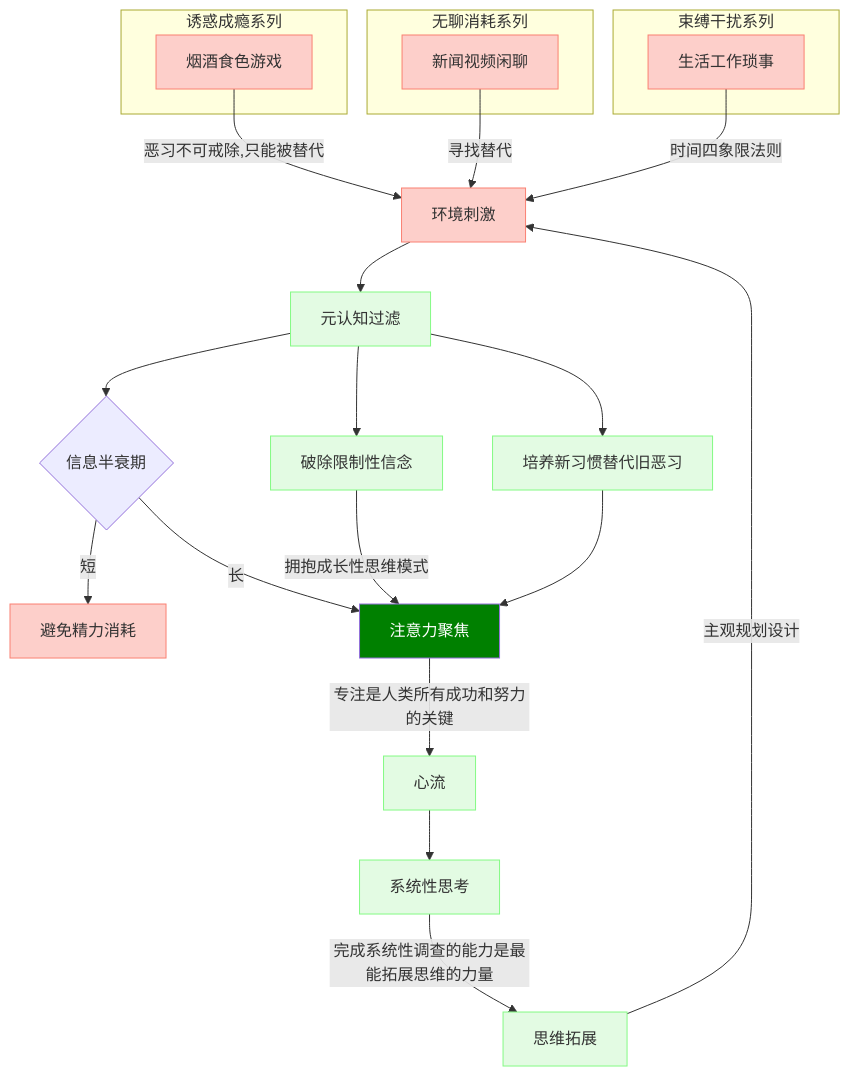
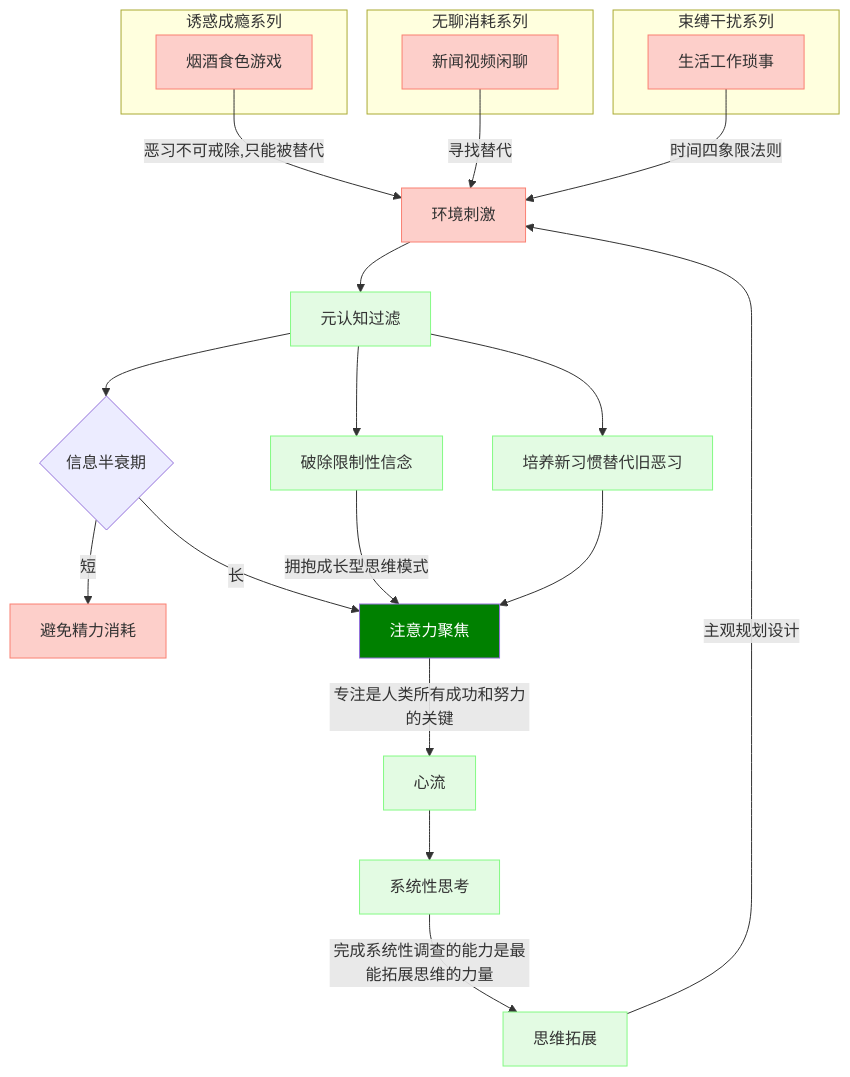
The diagram in README.md (m3shine/m3shine.github.io), drawn with Mermaid before and after one commit. The commit also changed other lines of this file and 13 other files, not shown here.

````diff
--- a/README.md
+++ b/README.md
@@ -34,44 +34,44 @@
 ```mermaid
 
   graph TB
 
     subgraph 诱惑成瘾系列 
        o1[烟酒食色游戏] 
     end
     subgraph 无聊消耗系列 
        o2[新闻视频闲聊] 
     end
     subgraph 束缚干扰系列 
        o3[生活工作琐事] 
     end
    
       
     o1 -->|恶习不可戒除,只能被替代|A
     o2 -->|寻找替代|A
     o3 -->|时间四象限法则|A
     
     A[环境刺激]-->B[元认知过滤] 
     B-->C{信息半衰期}
     C-->|短| C1[避免精力消耗]
     C-->|长|D[注意力聚焦]
     D-->|专注是人类所有成功和努力的关键|E[心流]
     E-->F[系统性思考]
     F-->|完成系统性调查的能力是最能拓展思维的力量|G[思维拓展]
 
     B-->H[破除限制性信念]
-    H-->|拥抱成长性思维模式|D
+    H-->|拥抱成长型思维模式|D
     B-->I[培养新习惯替代旧恶习]
     I-->D
     
     G-->|主观规划设计|A
 
   
   classDef nagtive fill:#fdcfca,stroke:#fa8072
   classDef positive fill:#e3fbe3,stroke:#84fa84
   classDef core fill:green,color:#ffffff
   class A,C1,o1,o2,o3 nagtive
   class B,E,F,G,H,I positive
   class C gradient
   class D core
 
 ```
````
